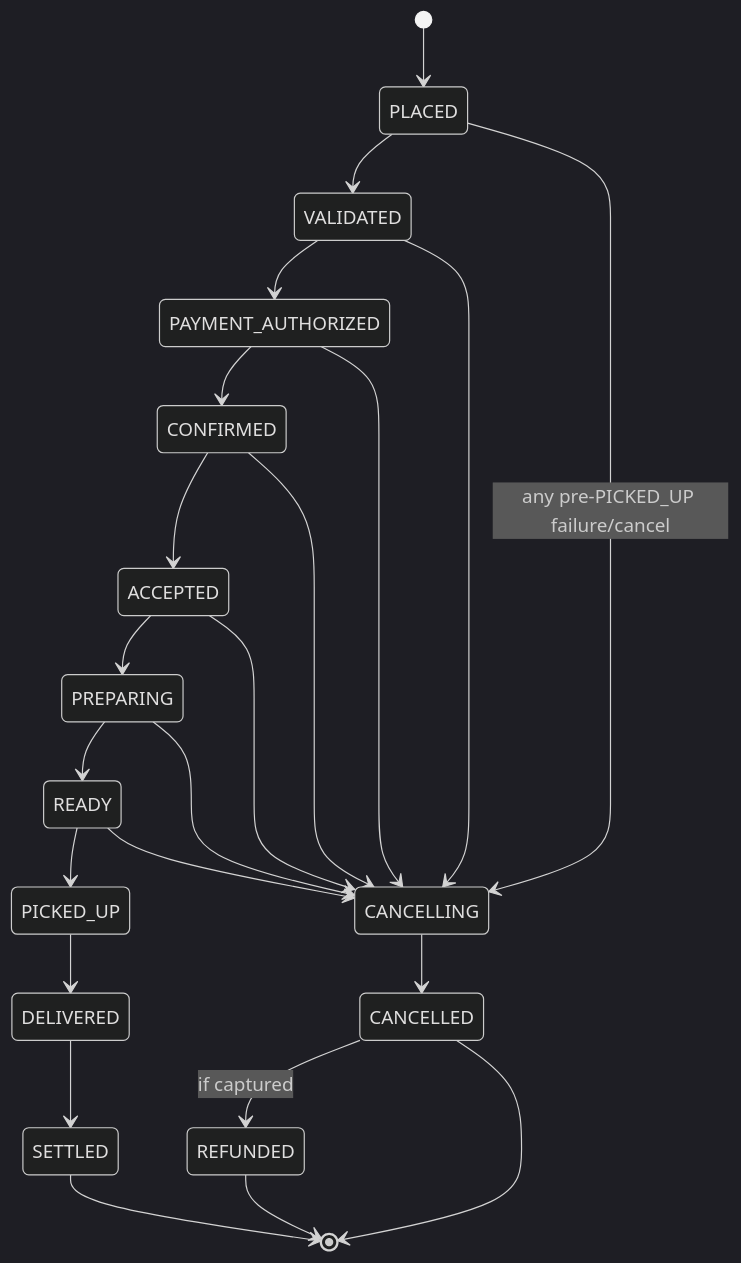
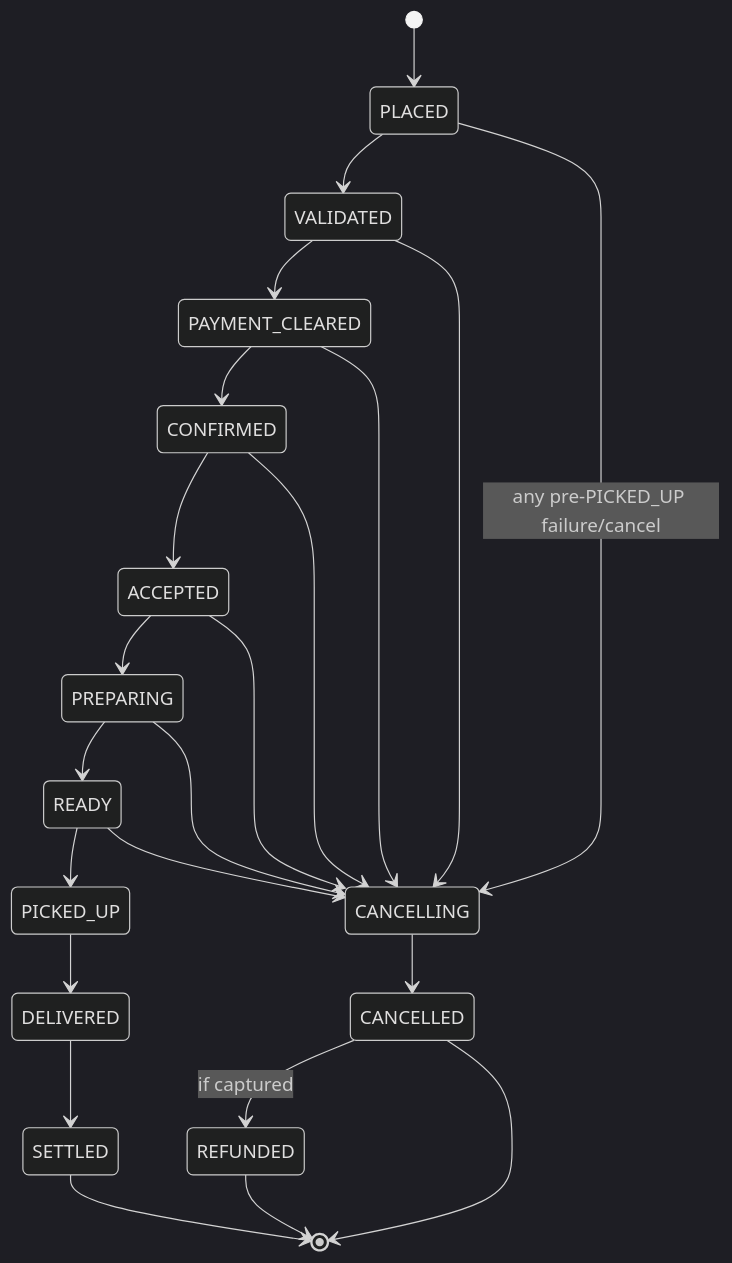
The diagram in docs/PRD.md (Aizazahmed-7/SmartFoodOps), drawn with Mermaid (dark theme) before and after one commit. The commit also changed other lines of this file and 25 other files, not shown here.

````diff
--- a/docs/PRD.md
+++ b/docs/PRD.md
@@ -117,25 +117,25 @@
 ```mermaid
 stateDiagram-v2
     [*] --> PLACED
     PLACED --> VALIDATED
-    VALIDATED --> PAYMENT_AUTHORIZED
-    PAYMENT_AUTHORIZED --> CONFIRMED
+    VALIDATED --> PAYMENT_CLEARED
+    PAYMENT_CLEARED --> CONFIRMED
     CONFIRMED --> ACCEPTED
     ACCEPTED --> PREPARING
     PREPARING --> READY
     READY --> PICKED_UP
     PICKED_UP --> DELIVERED
     DELIVERED --> SETTLED
     SETTLED --> [*]
     PLACED --> CANCELLING : any pre-PICKED_UP failure/cancel
     VALIDATED --> CANCELLING
-    PAYMENT_AUTHORIZED --> CANCELLING
+    PAYMENT_CLEARED --> CANCELLING
     CONFIRMED --> CANCELLING
     ACCEPTED --> CANCELLING
     PREPARING --> CANCELLING
     READY --> CANCELLING
     CANCELLING --> CANCELLED
     CANCELLED --> REFUNDED : if captured
     CANCELLED --> [*]
     REFUNDED --> [*]
 ```
````
